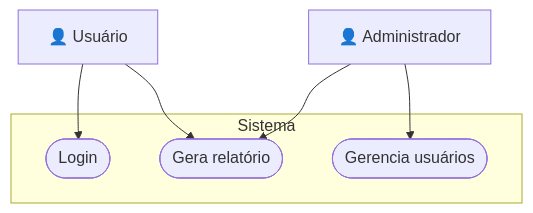
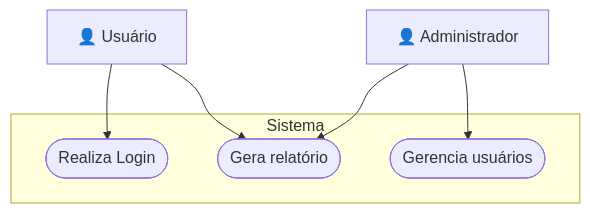
One commit to henryzord/softwareEngineering changed the first of 7 diagrams in capitulos/UML.md. Above: the diagram before and after it, drawn with Mermaid.

````diff
--- a/capitulos/UML.md
+++ b/capitulos/UML.md
@@ -46,17 +46,17 @@
 ```mermaid
 flowchart TD
     actor1["👤 Usuário"]
     actor2["👤 Administrador"]
 
     subgraph Sistema
-        uc1([Login])
+        uc1([Realiza Login])
         uc2([Gera relatório])
         uc3([Gerencia usuários])
     end
 
     actor1 --> uc1
     actor1 --> uc2
     actor2 --> uc3
     actor2 --> uc2
 
 ```
````
